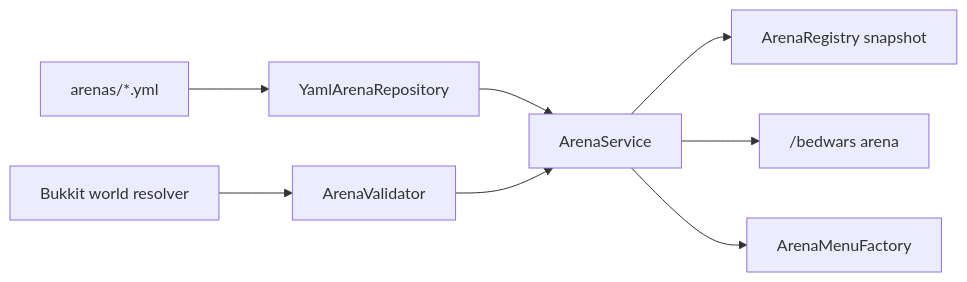
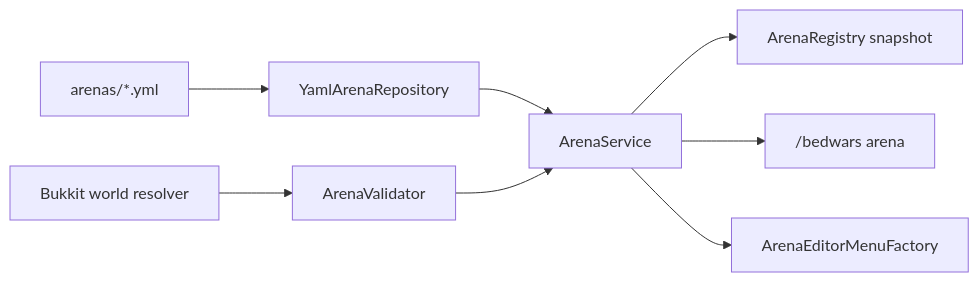
The second of 5 diagrams in docs/ai/ARCHITECTURE.md (tomashb-yt/HeneriaBedwars), drawn with Mermaid before and after one commit. The commit also changed other lines of this file and 58 other files, not shown here.

Commit message:
feat(arena): add complete in-game arena editor

````diff
--- a/docs/ai/ARCHITECTURE.md
+++ b/docs/ai/ARCHITECTURE.md
@@ -9,10 +27,10 @@
 ```mermaid
 flowchart LR
   FILES["arenas/*.yml"] --> REPOSITORY["YamlArenaRepository"]
   REPOSITORY --> SERVICE["ArenaService"]
   WORLD["Bukkit world resolver"] --> VALIDATOR["ArenaValidator"]
   VALIDATOR --> SERVICE
   SERVICE --> REGISTRY["ArenaRegistry snapshot"]
   SERVICE --> COMMAND["/bedwars arena"]
-  SERVICE --> MENU["ArenaMenuFactory"]
+  SERVICE --> MENU["ArenaEditorMenuFactory"]
 ```
````
